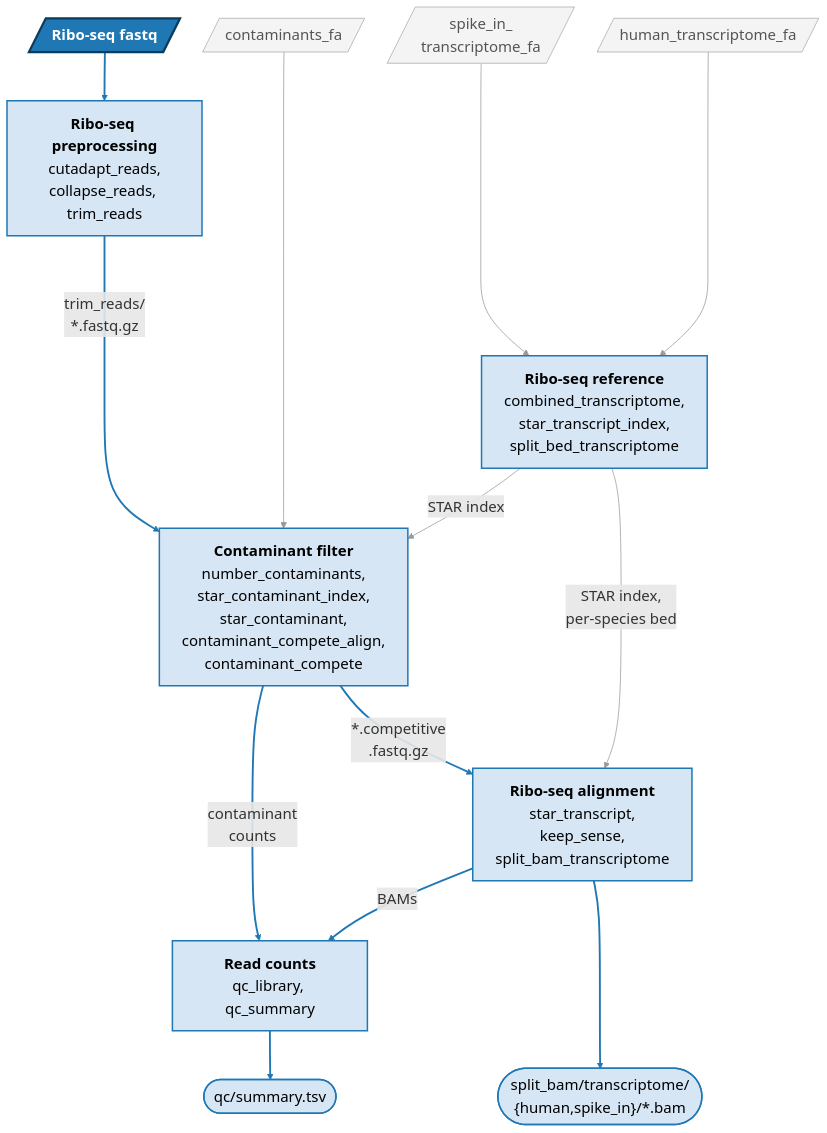
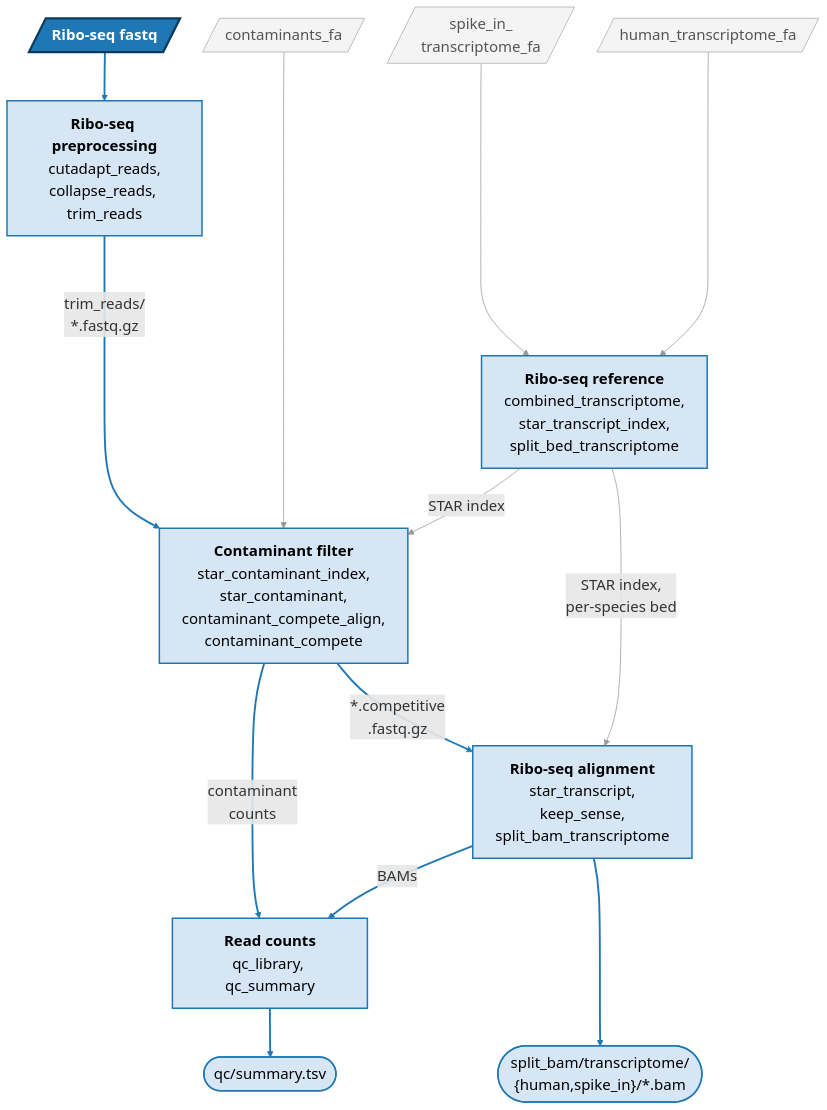
Before and after one commit to katarinagresova/wf-riboseq-align: the diagram in README.md, drawn with Mermaid. The commit also changed other lines of this file and 10 other files, not shown here.

````diff
--- a/README.md
+++ b/README.md
@@ -12,41 +12,41 @@
 ```mermaid
 %%{init: {"themeVariables": {"fontSize": "20px"}, "flowchart": {"nodeSpacing": 30}}}%%
 flowchart TD
     human[/"human_transcriptome_fa"/]
     spike[/"spike_in_<br>transcriptome_fa"/]
     contam_fa[/"contaminants_fa"/]
     ribo[/"<b>Ribo-seq fastq</b>"/]
 
     ref["<b>Ribo-seq reference</b><br>combined_transcriptome,<br>star_transcript_index,<br>split_bed_transcriptome"]
     trim["<b>Ribo-seq preprocessing</b><br>cutadapt_reads,<br>collapse_reads, trim_reads"]
-    contam["<b>Contaminant filter</b><br>number_contaminants,<br>star_contaminant_index,<br>star_contaminant,<br>contaminant_compete_align,<br>contaminant_compete"]
+    contam["<b>Contaminant filter</b><br>star_contaminant_index,<br>star_contaminant,<br>contaminant_compete_align,<br>contaminant_compete"]
     align["<b>Ribo-seq alignment</b><br>star_transcript,<br>keep_sense,<br>split_bam_transcriptome"]
     qc["<b>Read counts</b><br>qc_library, qc_summary"]
 
     bams(["split_bam/transcriptome/<br>{human,spike_in}/*.bam"])
     summary(["qc/summary.tsv"])
 
     %% Longer arrows (more dashes) keep every input on the top row and every output on the bottom row.
     %% The edge order keeps the diagram narrow: GitHub shrinks a wide one, and its text with it.
     ribo --> trim
     trim ---->|"trim_reads/<br>*.fastq.gz"| contam
     contam_fa -----> contam
     spike ----> ref
     ref -->|"STAR index"| contam
     contam -->|"*.competitive<br>.fastq.gz"| align
     ref -->|"STAR index,<br>per-species bed"| align
     contam -->|"contaminant<br>counts"| qc
     align -->|"BAMs"| qc
     align ---> bams
     qc --> summary
     human ----> ref
 
     classDef riboInput fill:#1f78b4,stroke:#0b3c5d,stroke-width:3px,color:#fff
     classDef helper fill:#f4f4f4,stroke:#aaa,color:#555
     classDef riboStep fill:#d6e6f5,stroke:#1f78b4,stroke-width:2px,color:#000
     class ribo riboInput
     class contam_fa,spike,human helper
     class trim,contam,ref,align,qc,bams,summary riboStep
     linkStyle 0,1,5,7,8,9,10 stroke:#1f78b4,stroke-width:2.5px
     linkStyle 2,3,4,6,11 stroke:#999
 ```
````
